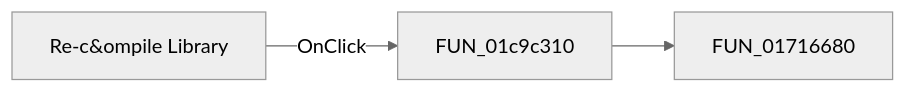
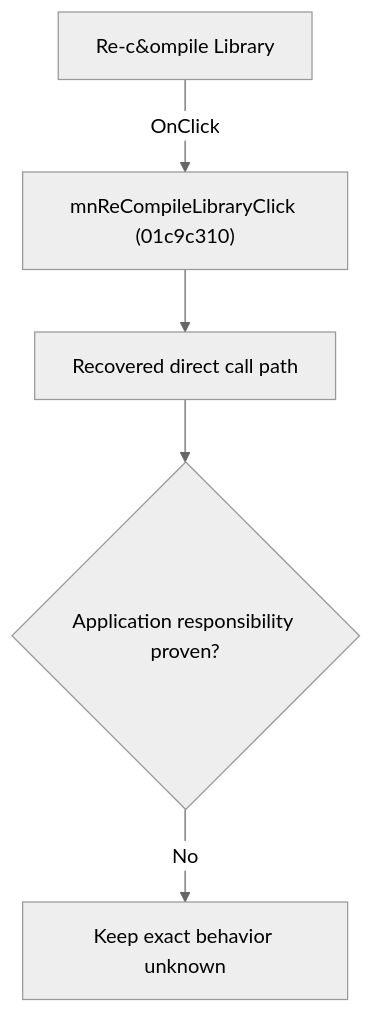
Before and after one commit to MovGP0/TIARA: the diagram in docs/ui-controls/schematiceditor/mnrecompilelibrary-0f28a8c556.md, drawn with Mermaid (neutral theme). The commit also changed other lines of this file and 1062 other files, not shown here.

````diff
--- a/docs/ui-controls/schematiceditor/mnrecompilelibrary-0f28a8c556.md
+++ b/docs/ui-controls/schematiceditor/mnrecompilelibrary-0f28a8c556.md
@@ -27,5 +27,7 @@
 ```mermaid
-flowchart LR
-    control["Re-c&ompile Library"] -->|OnClick| handler["FUN_01c9c310"]
-    handler --> call1["FUN_01716680"]
+flowchart TD
+    control["Re-c&ompile Library"] -->|"OnClick"| handler["mnReCompileLibraryClick (01c9c310)"]
+    handler --> recovered["Recovered direct call path"]
+    recovered --> gap{"Application responsibility proven?"}
+    gap -->|"No"| blocked["Keep exact behavior unknown"]
 ```
````
